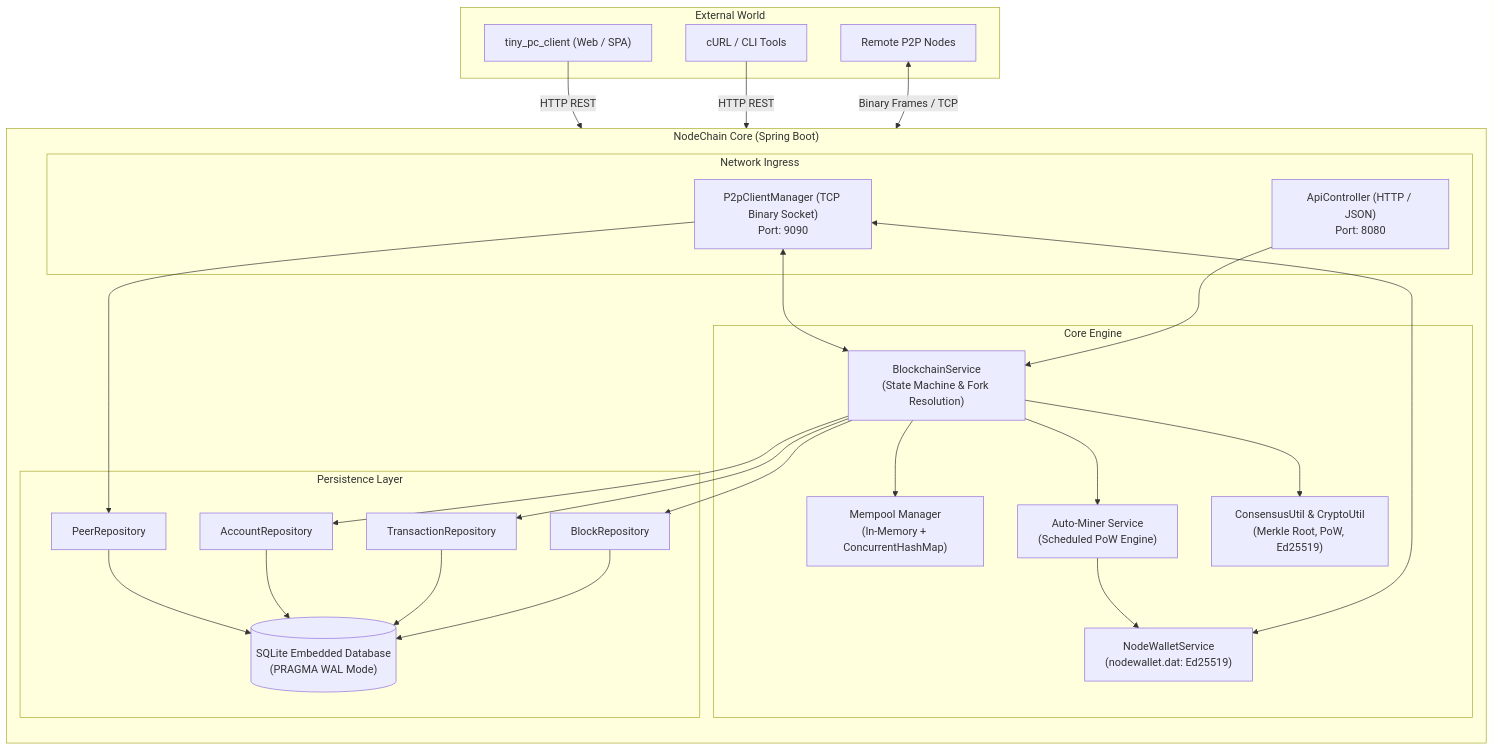
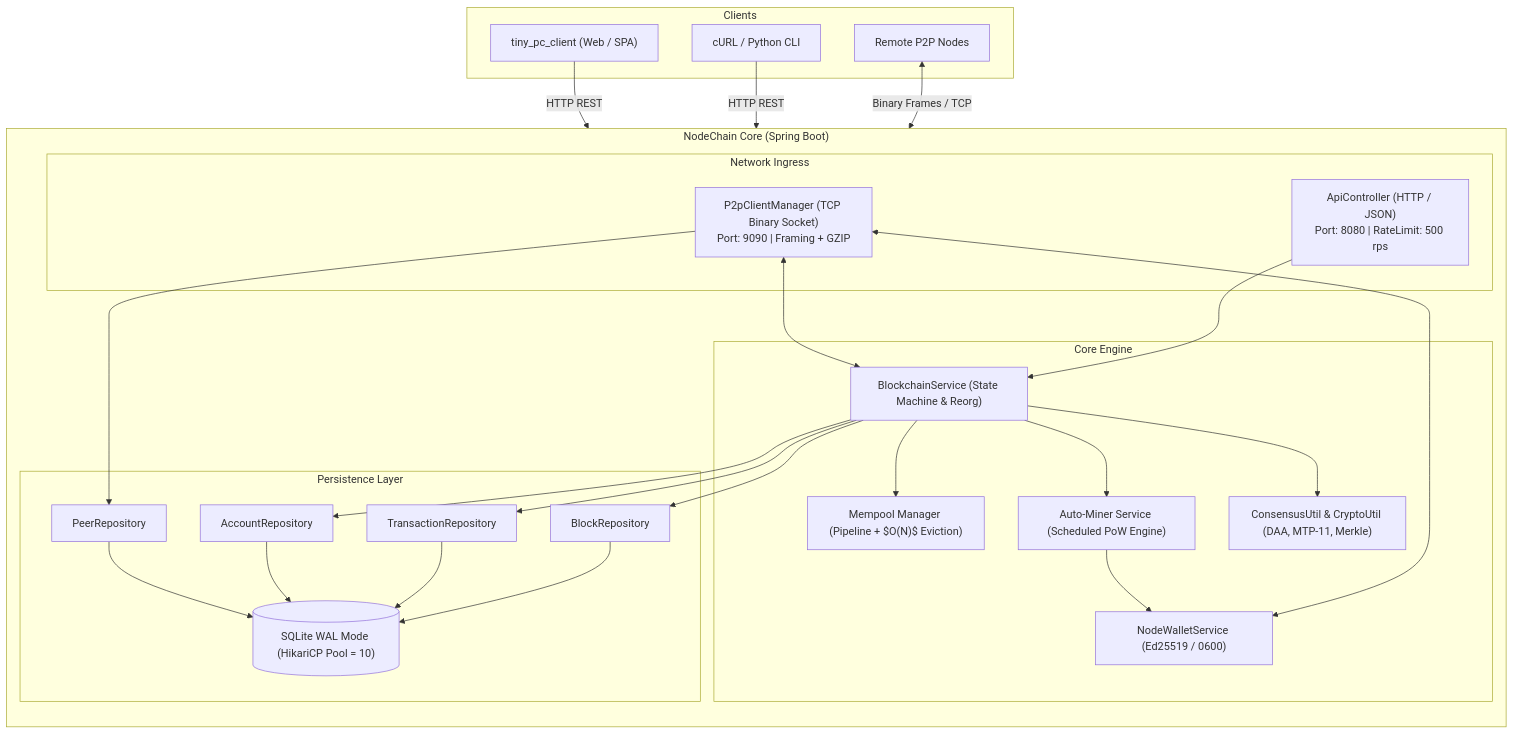
One commit to flirsys/nodechain changed the diagram in README.EN.md. Above: the diagram before and after it, drawn with Mermaid. The commit also changed other lines of this file and 48 other files, not shown here.

````diff
--- a/README.EN.md
+++ b/README.EN.md
@@ -62,56 +41,56 @@
 ```mermaid
 flowchart TB
-    subgraph Clients["External World"]
+    subgraph Clients["Clients"]
         Web["tiny_pc_client (Web / SPA)"]
-        CLI[cURL / CLI Tools]
-        PeerNode[Remote P2P Nodes]
+        CLI[cURL / Python CLI]
+        Peers[Remote P2P Nodes]
     end
 
     subgraph NodeChain["NodeChain Core (Spring Boot)"]
         direction TB
 
         subgraph Ingress["Network Ingress"]
-            REST["ApiController (HTTP / JSON)\nPort: 8080"]
-            P2P["P2pClientManager (TCP Binary Socket)\nPort: 9090"]
+            REST["ApiController (HTTP / JSON)\nPort: 8080 | RateLimit: 500 rps"]
+            P2P["P2pClientManager (TCP Binary Socket)\nPort: 9090 | Framing + GZIP"]
         end
 
         subgraph Engine["Core Engine"]
-            Wallet["NodeWalletService\n(nodewallet.dat: Ed25519)"]
-            Mempool["Mempool Manager\n(In-Memory + ConcurrentHashMap)"]
-            Miner["Auto-Miner Service\n(Scheduled PoW Engine)"]
-            Blockchain["BlockchainService\n(State Machine & Fork Resolution)"]
-            Consensus["ConsensusUtil & CryptoUtil\n(Merkle Root, PoW, Ed25519)"]
+            Wallet["NodeWalletService (Ed25519 / 0600)"]
+            Mempool["Mempool Manager (Pipeline + $O(N)$ Eviction)"]
+            Miner["Auto-Miner Service (Scheduled PoW Engine)"]
+            Blockchain["BlockchainService (State Machine & Reorg)"]
+            Consensus["ConsensusUtil & CryptoUtil (DAA, MTP-11, Merkle)"]
         end
 
         subgraph Storage["Persistence Layer"]
             RepoBlock["BlockRepository"]
             RepoTx["TransactionRepository"]
             RepoAcc["AccountRepository"]
             RepoPeer["PeerRepository"]
-            SQLite[("SQLite Embedded Database\n(PRAGMA WAL Mode)")]
+            SQLite[("SQLite WAL Mode (HikariCP Pool = 10)")]
         end
     end
 
     Web -->|HTTP REST| REST
     CLI -->|HTTP REST| REST
-    PeerNode <-->|Binary Frames / TCP| P2P
+    Peers <-->|Binary Frames / TCP| P2P
 
     REST --> Blockchain
     P2P <--> Blockchain
     P2P <--> Wallet
 
     Blockchain --> Mempool
     Blockchain --> Miner
     Blockchain --> Consensus
     Miner --> Wallet
 
     Blockchain --> RepoBlock
     Blockchain --> RepoTx
     Blockchain --> RepoAcc
     P2P --> RepoPeer
 
     RepoBlock --> SQLite
     RepoTx --> SQLite
     RepoAcc --> SQLite
     RepoPeer --> SQLite
 ```
````
